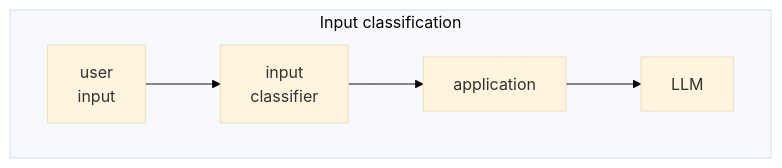
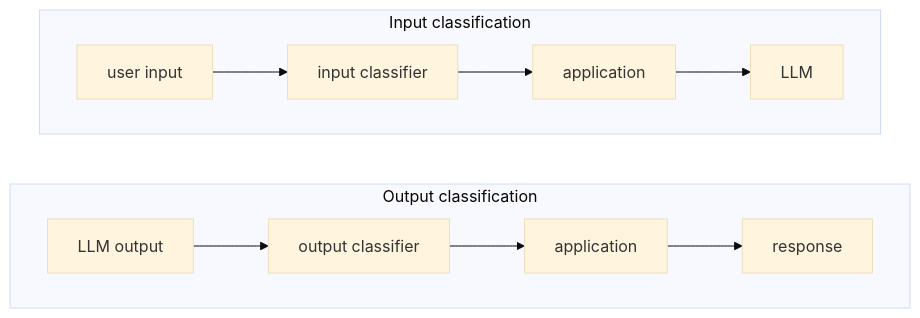
One commit to jwardon/ai-security-101 changed the second of 4 diagrams in 01_foundations_ai_ml.md. Above: the diagram before and after it, drawn with Mermaid (base theme). The commit also changed other lines of this file and 5 other files, not shown here.

Commit message:
Polish diagram layout: center, supply-chain Mermaid, wider threat-model loop, wider author column

````diff
--- a/01_foundations_ai_ml.md
+++ b/01_foundations_ai_ml.md
@@ -51,7 +51,12 @@
 ```mermaid
-flowchart LR
+flowchart TB
     subgraph input["Input classification"]
         direction LR
-        in1["user<br/>input"] --> inc["input<br/>classifier"] --> app1["application"] --> llm1["LLM"]
+        in1["user input"] --> inc["input classifier"] --> app1["application"] --> llm1["LLM"]
     end
+    subgraph output["Output classification"]
+        direction LR
+        llm2["LLM output"] --> outc["output classifier"] --> app2["application"] --> resp["response"]
+    end
+    input ~~~ output
 ```
````
